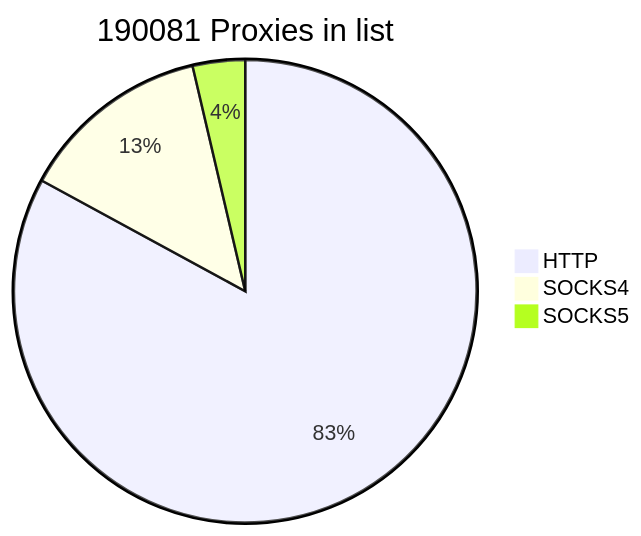
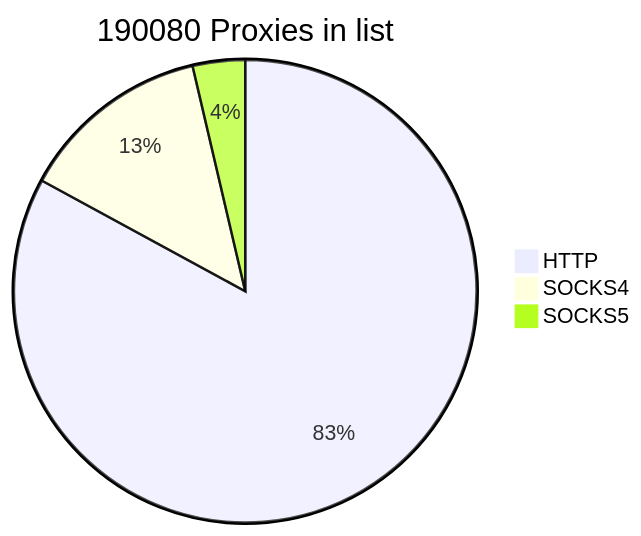
Before and after one commit to cutipu/proxylist: the first of 2 diagrams in README.md, drawn with Mermaid. The commit also changed other lines of this file, not shown here.

````diff
--- a/README.md
+++ b/README.md
@@ -2,7 +2,7 @@
 ```mermaid
-pie title 190081 Proxies in list
+pie title 190080 Proxies in list
     "HTTP" : 157634
     "SOCKS4" : 25493
-    "SOCKS5" : 6954
+    "SOCKS5" : 6953
             
 ```
````
